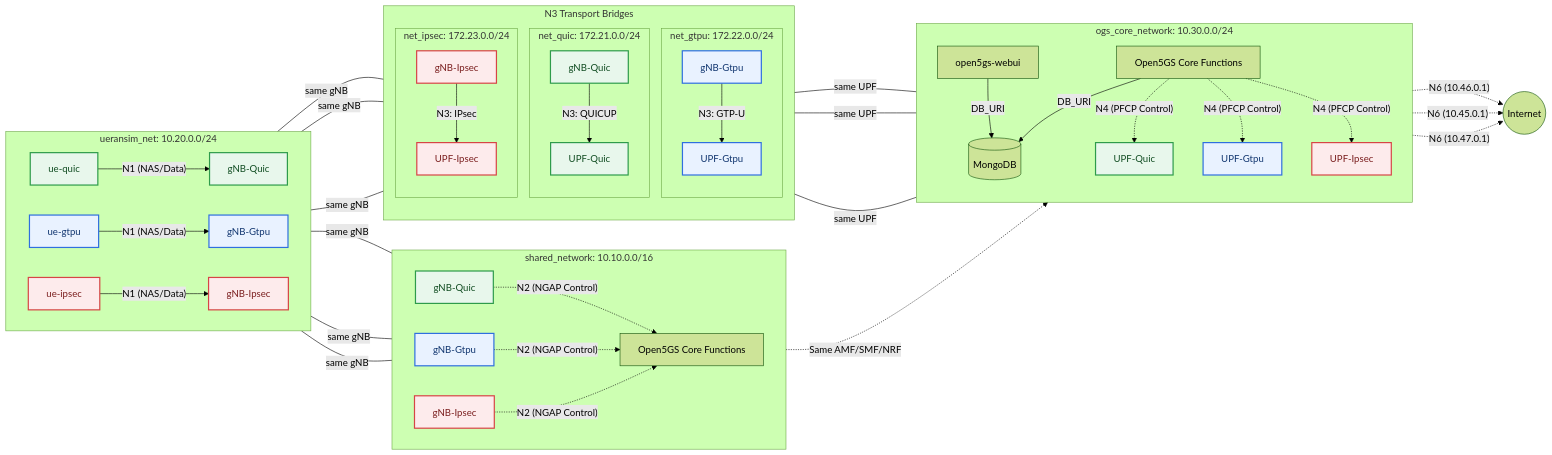
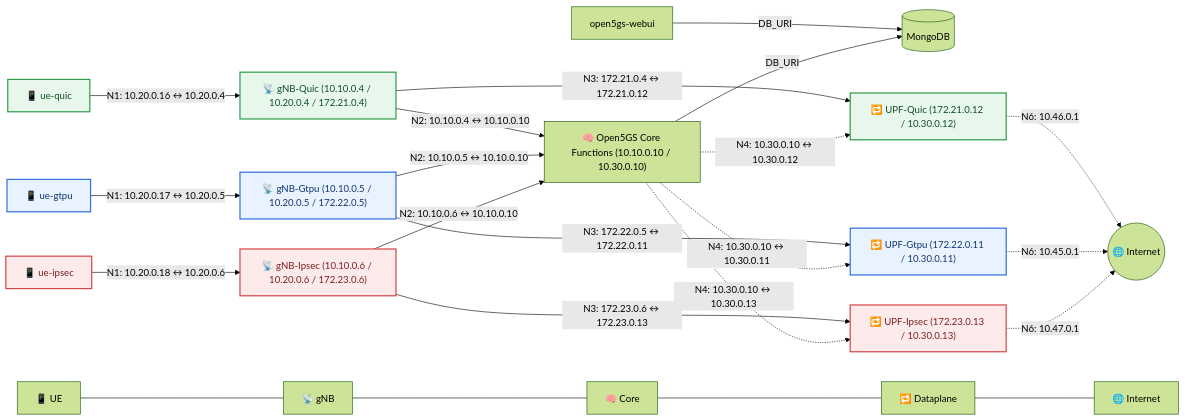
Before and after one commit to wenkey-gm/quicup-evaluation: the diagram in docs/mermaid/docker_topology_architecture.mmd, drawn with Mermaid (forest theme).

Commit message:
docs: update architecture diagram

```diff
--- a/docs/mermaid/docker_topology_architecture.mmd
+++ b/docs/mermaid/docker_topology_architecture.mmd
@@ -1,83 +1,60 @@
 flowchart LR
 
     classDef quic fill:#E8F7EC,stroke:#2E9B4B,stroke-width:2px,color:#114D22;
     classDef gtpu fill:#E9F2FF,stroke:#2F6FDF,stroke-width:2px,color:#10356F;
     classDef ipsec fill:#FDEBEC,stroke:#D64545,stroke-width:2px,color:#7A1E1E;
 
-    Internet((Internet))
+    Internet(("🌐 Internet"))
 
-    subgraph BR_RAN [ueransim_net: 10.20.0.0/24]
-        direction LR
-        UE_q[ue-quic] -- "N1 (NAS/Data)" --> gNB_Q_RAN[gNB-Quic]
-        UE_g[ue-gtpu] -- "N1 (NAS/Data)" --> gNB_G_RAN[gNB-Gtpu]
-        UE_i[ue-ipsec] -- "N1 (NAS/Data)" --> gNB_I_RAN[gNB-Ipsec]
-    end
+    %% RAN nodes
+    UE_q["📱 ue-quic"]
+    UE_g["📱 ue-gtpu"]
+    UE_i["📱 ue-ipsec"]
 
-    subgraph BR_SHARED [shared_network: 10.10.0.0/16]
-        direction LR
-        AMF_SMF_SHARED[Open5GS Core Functions]
-        gNB_Q_SHARED[gNB-Quic]
-        gNB_G_SHARED[gNB-Gtpu]
-        gNB_I_SHARED[gNB-Ipsec]
-    end
+    %% gNB nodes (shared addresses listed)
+    gNB_Q["📡 gNB-Quic (10.10.0.4 / 10.20.0.4 / 172.21.0.4)"]
+    gNB_G["📡 gNB-Gtpu (10.10.0.5 / 10.20.0.5 / 172.22.0.5)"]
+    gNB_I["📡 gNB-Ipsec (10.10.0.6 / 10.20.0.6 / 172.23.0.6)"]
 
-    subgraph BR_N3 [N3 Transport Bridges]
-        direction TB
+    %% Core and dataplane nodes
+    AMF_SMF["🧠 Open5GS Core Functions (10.10.0.10 / 10.30.0.10)"]
+    DB[(MongoDB)]
+    WebUI[open5gs-webui]
+    UPF_Q["🔁 UPF-Quic (172.21.0.12 / 10.30.0.12)"]
+    UPF_G["🔁 UPF-Gtpu (172.22.0.11 / 10.30.0.11)"]
+    UPF_I["🔁 UPF-Ipsec (172.23.0.13 / 10.30.0.13)"]
 
-        subgraph Net_QUIC [net_quic: 172.21.0.0/24]
-            gNB_Q_N3[gNB-Quic] -- "N3: QUICUP" --> UPF_Q_N3[UPF-Quic]
-        end
+    %% Inline connections (replacing subgraph links)
+    UE_q -- "N1: 10.20.0.16 ↔ 10.20.0.4" --> gNB_Q
+    UE_g -- "N1: 10.20.0.17 ↔ 10.20.0.5" --> gNB_G
+    UE_i -- "N1: 10.20.0.18 ↔ 10.20.0.6" --> gNB_I
 
-        subgraph Net_GTPU [net_gtpu: 172.22.0.0/24]
-            gNB_G_N3[gNB-Gtpu] -- "N3: GTP-U" --> UPF_G_N3[UPF-Gtpu]
-        end
+    gNB_Q -- "N3: 172.21.0.4 ↔ 172.21.0.12" --> UPF_Q
+    gNB_G -- "N3: 172.22.0.5 ↔ 172.22.0.11" --> UPF_G
+    gNB_I -- "N3: 172.23.0.6 ↔ 172.23.0.13" --> UPF_I
 
-        subgraph Net_IPSEC [net_ipsec: 172.23.0.0/24]
-            gNB_I_N3[gNB-Ipsec] -- "N3: IPsec" --> UPF_I_N3[UPF-Ipsec]
-        end
-    end
-
-    subgraph BR_CORE [ogs_core_network: 10.30.0.0/24]
-        direction TB
-        AMF_SMF[Open5GS Core Functions]
-        DB[(MongoDB)]
-        WebUI[open5gs-webui]
-        UPF_Q_CORE[UPF-Quic]
-        UPF_G_CORE[UPF-Gtpu]
-        UPF_I_CORE[UPF-Ipsec]
-    end
+    DB
+    WebUI
 
 
     WebUI -- "DB_URI" --> DB
     AMF_SMF -- "DB_URI" --> DB
 
-    gNB_Q_RAN ---|same gNB| gNB_Q_SHARED
-    gNB_G_RAN ---|same gNB| gNB_G_SHARED
-    gNB_I_RAN ---|same gNB| gNB_I_SHARED
+    gNB_Q -- "N2: 10.10.0.4 ↔ 10.10.0.10" --> AMF_SMF
+    gNB_G -- "N2: 10.10.0.5 ↔ 10.10.0.10" --> AMF_SMF
+    gNB_I -- "N2: 10.10.0.6 ↔ 10.10.0.10" --> AMF_SMF
 
+    AMF_SMF -. "N4: 10.30.0.10 ↔ 10.30.0.12" .-> UPF_Q
+    AMF_SMF -. "N4: 10.30.0.10 ↔ 10.30.0.11" .-> UPF_G
+    AMF_SMF -. "N4: 10.30.0.10 ↔ 10.30.0.13" .-> UPF_I
 
-    gNB_Q_SHARED -. "N2 (NGAP Control)" .-> AMF_SMF_SHARED
-    gNB_G_SHARED -. "N2 (NGAP Control)" .-> AMF_SMF_SHARED
-    gNB_I_SHARED -. "N2 (NGAP Control)" .-> AMF_SMF_SHARED
+    UPF_Q -. "N6: 10.46.0.1" .-> Internet
+    UPF_G -. "N6: 10.45.0.1" .-> Internet
+    UPF_I -. "N6: 10.47.0.1" .-> Internet
 
-    AMF_SMF_SHARED -. "Same AMF/SMF/NRF" .-> AMF_SMF
+    class UE_q,gNB_Q,UPF_Q quic;
+    class UE_g,gNB_G,UPF_G gtpu;
+    class UE_i,gNB_I,UPF_I ipsec;
 
-    AMF_SMF -. "N4 (PFCP Control)" .-> UPF_Q_CORE
-    AMF_SMF -. "N4 (PFCP Control)" .-> UPF_G_CORE
-    AMF_SMF -. "N4 (PFCP Control)" .-> UPF_I_CORE
-
-    UPF_Q_N3 ---|same UPF| UPF_Q_CORE
-    UPF_G_N3 ---|same UPF| UPF_G_CORE
-    UPF_I_N3 ---|same UPF| UPF_I_CORE
-
-    gNB_Q_RAN ---|same gNB| gNB_Q_N3
-    gNB_G_RAN ---|same gNB| gNB_G_N3
-    gNB_I_RAN ---|same gNB| gNB_I_N3
-
-    UPF_Q_CORE -. "N6 (10.46.0.1)" .-> Internet
-    UPF_G_CORE -. "N6 (10.45.0.1)" .-> Internet
-    UPF_I_CORE -. "N6 (10.47.0.1)" .-> Internet
-
-    class UE_q,gNB_Q_RAN,gNB_Q_SHARED,gNB_Q_N3,UPF_Q_N3,UPF_Q_CORE quic;
-    class UE_g,gNB_G_RAN,gNB_G_SHARED,gNB_G_N3,UPF_G_N3,UPF_G_CORE gtpu;
-    class UE_i,gNB_I_RAN,gNB_I_SHARED,gNB_I_N3,UPF_I_N3,UPF_I_CORE ipsec;
+    %% Legend
+    L_UE["📱 UE"] --- L_gNB["📡 gNB"] --- L_CORE["🧠 Core"] --- L_DP["🔁 Dataplane"] --- L_Internet["🌐 Internet"]
```
